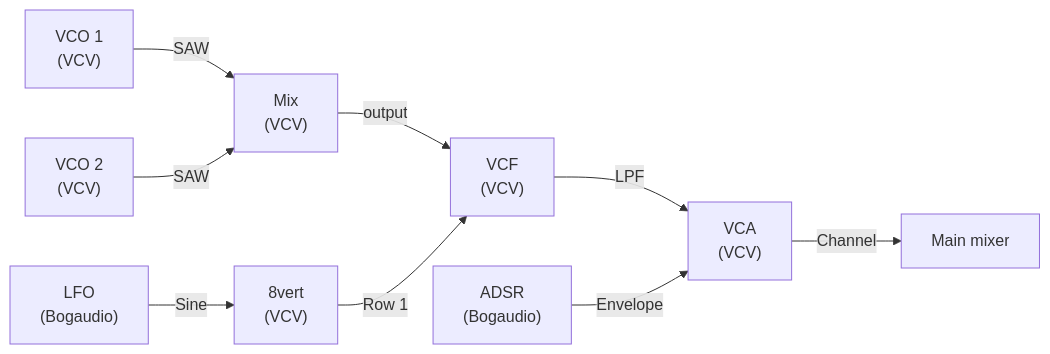
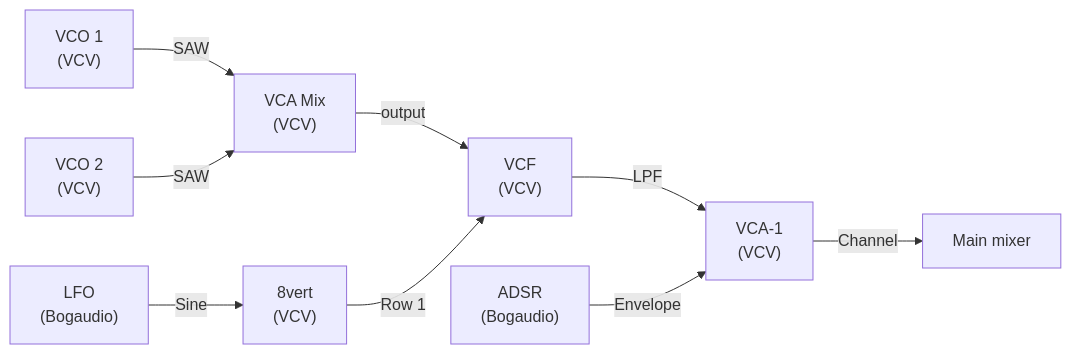
The second of 6 diagrams in src/slow-psybient.md (Witzman/VCVRack-Doku), drawn with Mermaid before and after one commit. The commit also changed other lines of this file and 75 other files, not shown here.

````diff
--- a/src/slow-psybient.md
+++ b/src/slow-psybient.md
@@ -53,11 +53,11 @@
 ```mermaid
 flowchart LR
-    VCO1["VCO 1\n(VCV)"] -->|"SAW"| MIX["Mix\n(VCV)"]
+    VCO1["VCO 1\n(VCV)"] -->|"SAW"| MIX["VCA Mix\n(VCV)"]
     VCO2["VCO 2\n(VCV)"] -->|"SAW"| MIX
     MIX -->|"output"| VCF["VCF\n(VCV)"]
-    VCF -->|"LPF"| VCA["VCA\n(VCV)"]
+    VCF -->|"LPF"| VCA["VCA-1\n(VCV)"]
     PADSR["ADSR\n(Bogaudio)"] -->|"Envelope"| VCA
     VCA -->|"Channel"| MAIN["Main mixer"]
     PLFO["LFO\n(Bogaudio)"] -->|"Sine"| VERT["8vert\n(VCV)"]
     VERT -->|"Row 1"| VCF
 ```
````
